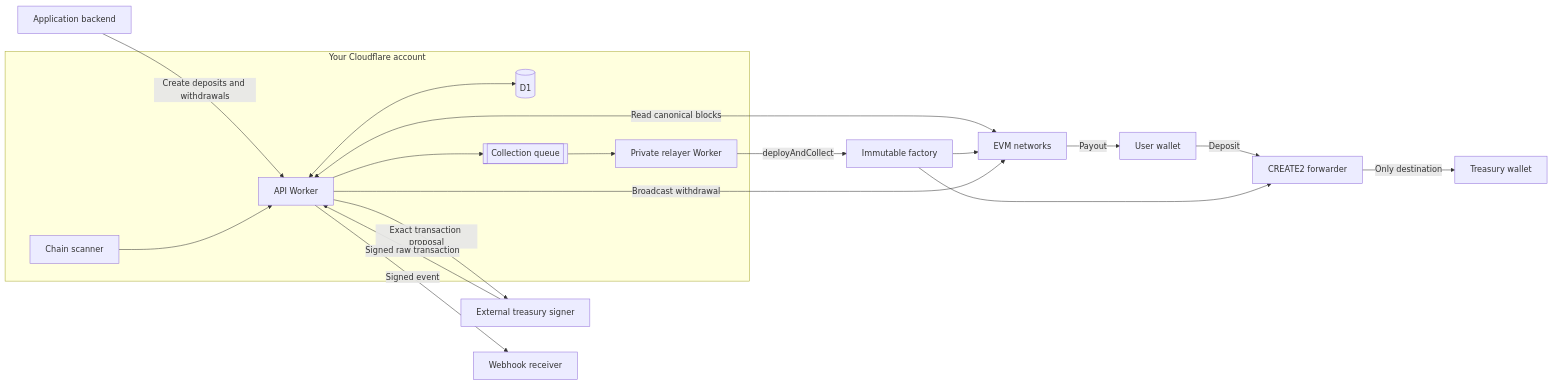
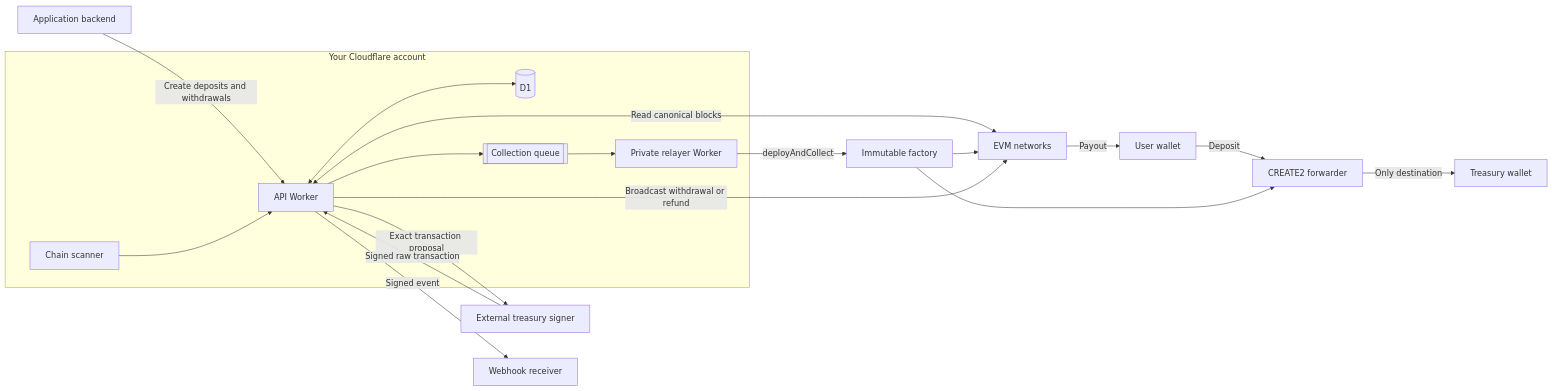
The first of 2 diagrams in README.md (ifokeev/evm-payment-gateway), drawn with Mermaid before and after one commit. The commit also changed other lines of this file and 15 other files, not shown here.

````diff
--- a/README.md
+++ b/README.md
@@ -64,35 +65,35 @@
 ```mermaid
 flowchart LR
     App["Application backend"]
     User["User wallet"]
     Signer["External treasury signer"]
     Webhook["Webhook receiver"]
     Chain["EVM networks"]
     Factory["Immutable factory"]
     Forwarder["CREATE2 forwarder"]
     Treasury["Treasury wallet"]
 
     subgraph CF["Your Cloudflare account"]
         API["API Worker"]
         DB[(D1)]
         Scanner["Chain scanner"]
         Queue[[Collection queue]]
         Relayer["Private relayer Worker"]
     end
 
     App -->|"Create deposits and withdrawals"| API
     API <--> DB
     API -->|"Signed event"| Webhook
     Scanner --> API
     API <-->|"Read canonical blocks"| Chain
     User -->|"Deposit"| Forwarder
     API --> Queue --> Relayer
     Relayer -->|"deployAndCollect"| Factory
     Factory --> Forwarder
     Forwarder -->|"Only destination"| Treasury
     Factory --> Chain
     API -->|"Exact transaction proposal"| Signer
     Signer -->|"Signed raw transaction"| API
-    API -->|"Broadcast withdrawal"| Chain
+    API -->|"Broadcast withdrawal or refund"| Chain
     Chain -->|"Payout"| User
 ```
````
